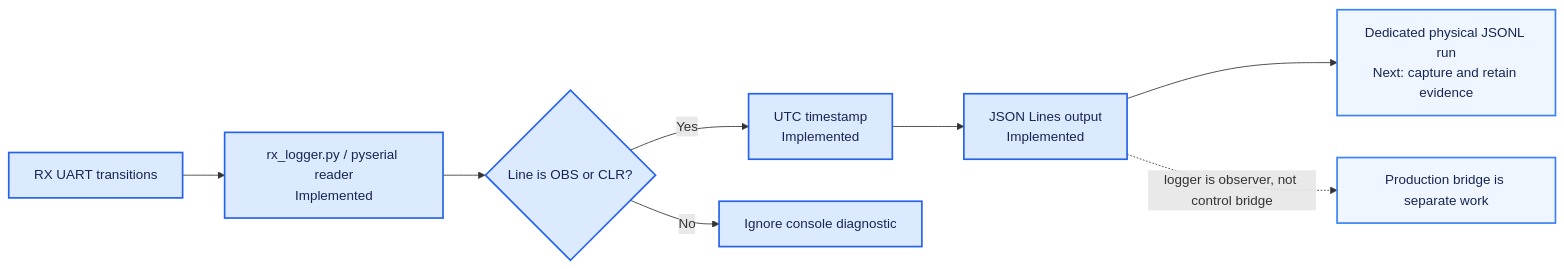
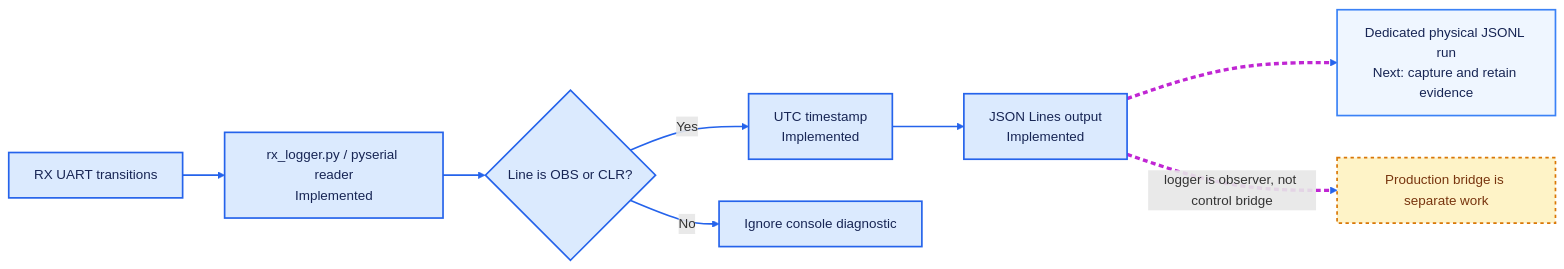
Before and after one commit to kirolossedra/RIS-Robotics: diagram 11 of 21 in docs/architecture/system/progress.md, drawn with Mermaid. The commit also changed other lines of this file, not shown here.

````diff
--- a/docs/architecture/system/progress.md
+++ b/docs/architecture/system/progress.md
@@ -207,13 +248,17 @@
 ```mermaid
 flowchart LR
     UART["RX UART transitions"] --> READ["rx_logger.py / pyserial reader<br/>Implemented"] --> VALID{"Line is OBS or CLR?"}
     VALID -->|"Yes"| TIME["UTC timestamp<br/>Implemented"] --> JSONL["JSON Lines output<br/>Implemented"]
     VALID -->|"No"| IGNORE["Ignore console diagnostic"]
     JSONL --> HARDWARE["Dedicated physical JSONL run<br/>Next: capture and retain evidence"]
     JSONL -. "logger is observer, not control bridge" .-> BRIDGE["Production bridge is separate work"]
 
     classDef done fill:#dbeafe,stroke:#2563eb,color:#172554,stroke-width:2px;
     classDef next fill:#eff6ff,stroke:#3b82f6,color:#172554,stroke-width:2px;
+    classDef planned fill:#fef3c7,stroke:#d97706,color:#78350f,stroke-width:2px,stroke-dasharray:4 4;
     class UART,READ,VALID,TIME,JSONL,IGNORE done;
-    class HARDWARE,BRIDGE next;
+    class HARDWARE next;
+    class BRIDGE planned;
+    linkStyle default stroke:#2563eb,stroke-width:2px;
+    linkStyle 5,6 stroke:#c026d3,stroke-width:4px,stroke-dasharray:6 4;
 ```
````
